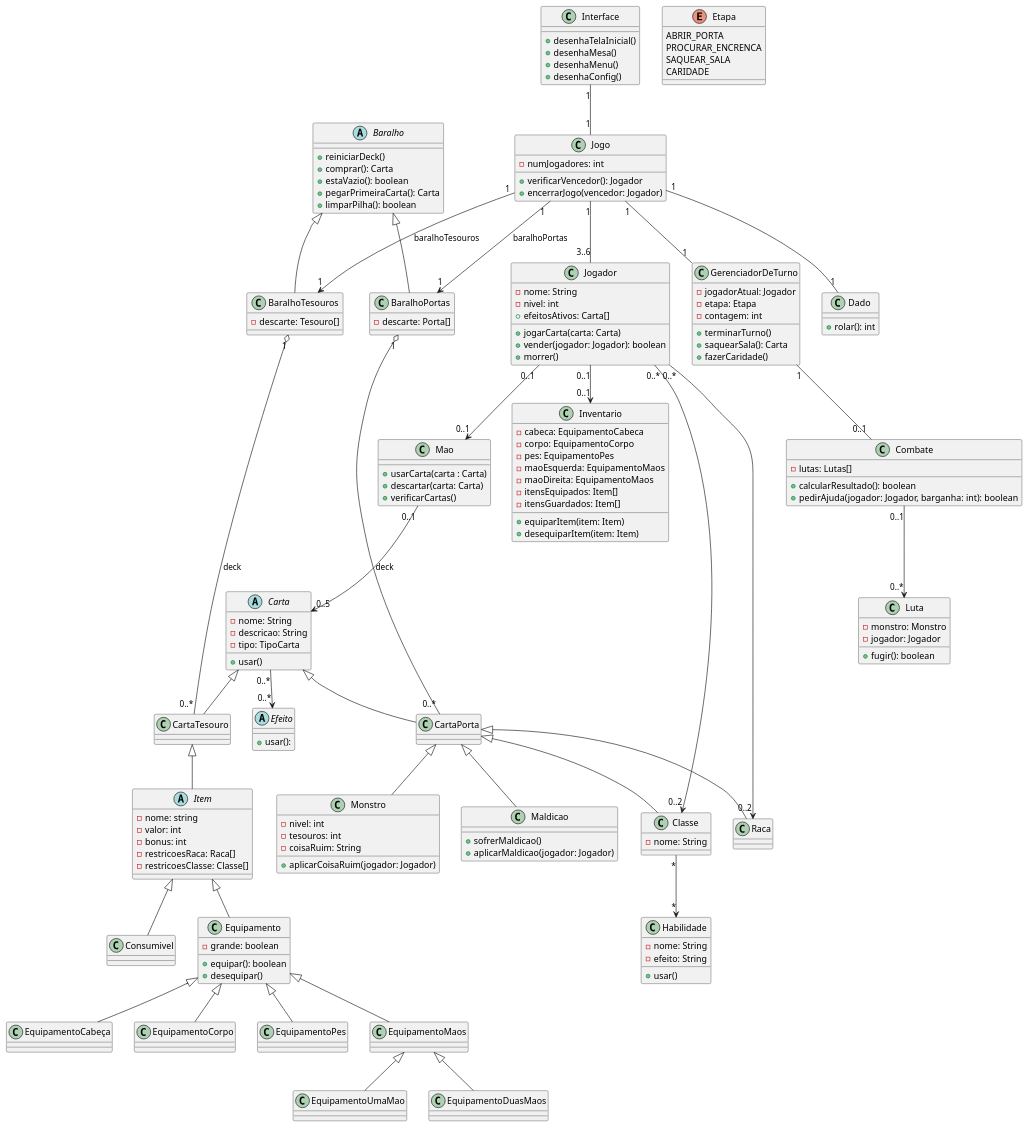
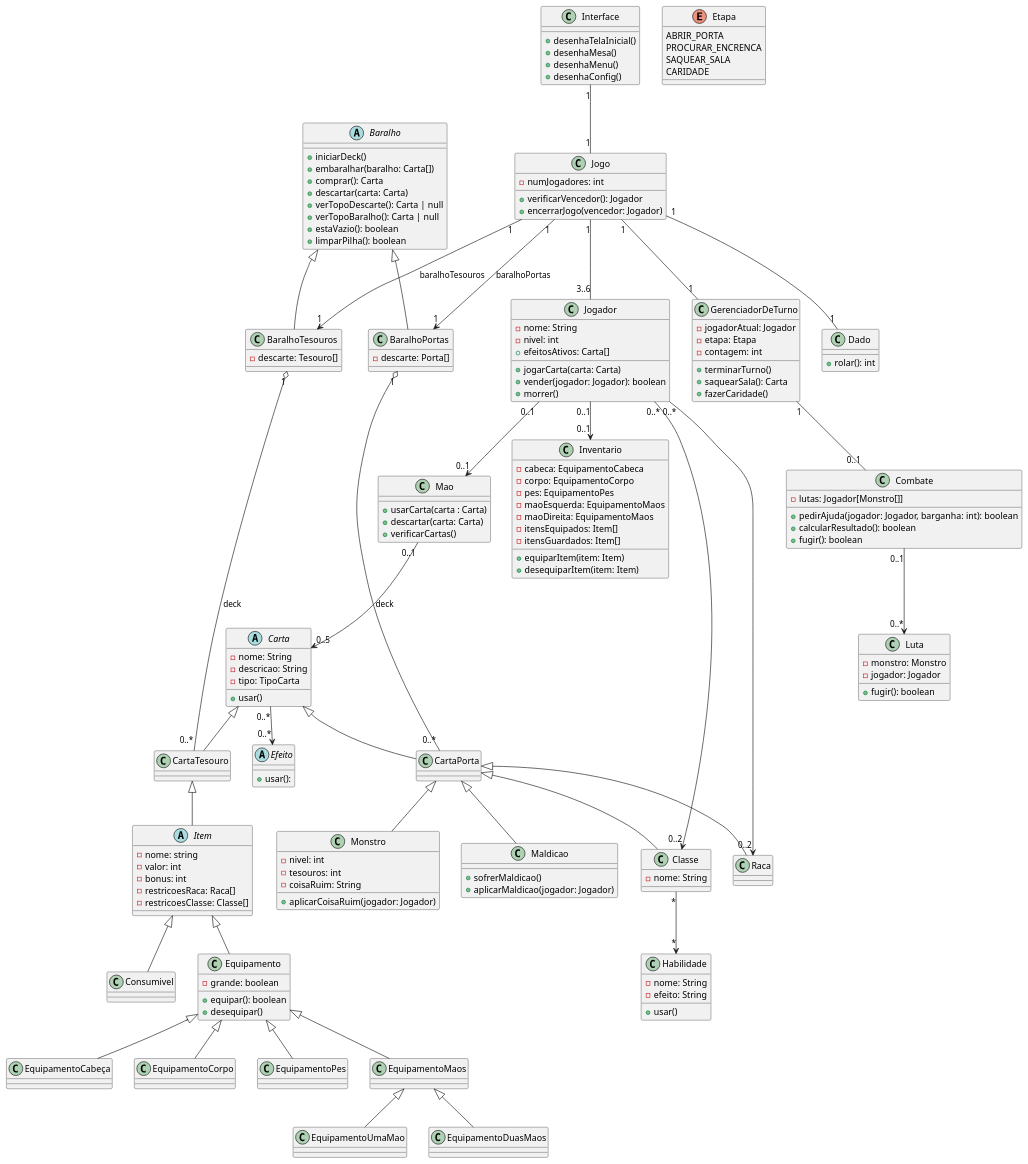
The diagram in src/diagrams/diagrama-de-classes.puml (sricardov/munchkin-ps), drawn with PlantUML before and after one commit. The commit also changed 4 other files, not shown here.

```diff
--- a/src/diagrams/diagrama-de-classes.puml
+++ b/src/diagrams/diagrama-de-classes.puml
@@ -1,194 +1,198 @@
 @startuml
 class Interface {
   + desenhaTelaInicial()
   + desenhaMesa()
   + desenhaMenu()
   + desenhaConfig()
 }
 
 class Jogo {
   - numJogadores: int
   + verificarVencedor(): Jogador
   + encerrarJogo(vencedor: Jogador)
 }
 
 class Dado {
   + rolar(): int
 }
 
 class Jogador {
   - nome: String
   - nivel: int
   + efeitosAtivos: Carta[]
   + jogarCarta(carta: Carta)
   + vender(jogador: Jogador): boolean
   + morrer()
 }
 
 class GerenciadorDeTurno {
   - jogadorAtual: Jogador
   - etapa: Etapa
   - contagem: int
   + terminarTurno()
   + saquearSala(): Carta
   + fazerCaridade()
 }
 
 class Mao {
   + usarCarta(carta : Carta)
   + descartar(carta: Carta)
   + verificarCartas()
 }
 
 class Inventario {
   - cabeca: EquipamentoCabeca
   - corpo: EquipamentoCorpo
   - pes: EquipamentoPes
   - maoEsquerda: EquipamentoMaos
   - maoDireita: EquipamentoMaos
   - itensEquipados: Item[]
   - itensGuardados: Item[]
   + equiparItem(item: Item)
   + desequiparItem(item: Item)
 }
 
 class Luta {
   - monstro: Monstro
   - jogador: Jogador
   + fugir(): boolean
 }
 
 class Combate {
-  - lutas: Lutas[]
+  - lutas: Jogador[Monstro[]]
+  + pedirAjuda(jogador: Jogador, barganha: int): boolean
   + calcularResultado(): boolean
-  + pedirAjuda(jogador: Jogador, barganha: int): boolean
+  + fugir(): boolean
 }
 
 abstract class Efeito {
  + usar():
 }
 
 enum Etapa {
   ABRIR_PORTA
   PROCURAR_ENCRENCA
   SAQUEAR_SALA
   CARIDADE
 }
 
 abstract class Carta {
   - nome: String
   - descricao: String
   - tipo: TipoCarta
   + usar()
 }
 
 class Monstro extends CartaPorta {
   - nivel: int
   - tesouros: int
   - coisaRuim: String
   + aplicarCoisaRuim(jogador: Jogador)
 }
 
 class Maldicao extends CartaPorta {
   + sofrerMaldicao()
   + aplicarMaldicao(jogador: Jogador)
 }
 
 abstract class Item extends CartaTesouro {
   - nome: string
   - valor: int
   - bonus: int
   - restricoesRaca: Raca[]
   - restricoesClasse: Classe[]
 }
 
 class Equipamento extends Item {
   - grande: boolean
   + equipar(): boolean
   + desequipar()
 }
 
 class EquipamentoCabeça extends Equipamento {
 
 }
 
 class EquipamentoCorpo extends Equipamento {
 
 }
 
 class EquipamentoPes extends Equipamento {
 
 }
 
 class EquipamentoMaos extends Equipamento {
 
 }
 class EquipamentoUmaMao extends EquipamentoMaos {
 
 }
 
 class EquipamentoDuasMaos extends EquipamentoMaos {
 
 }
 
 
 class Consumivel extends Item {
 
 }
 
 abstract class Baralho {
-  + reiniciarDeck()
+  + iniciarDeck()
+  + embaralhar(baralho: Carta[])
   + comprar(): Carta
+  + descartar(carta: Carta)
+  + verTopoDescarte(): Carta | null
+  + verTopoBaralho(): Carta | null
   + estaVazio(): boolean
-  + pegarPrimeiraCarta(): Carta
   + limparPilha(): boolean
 }
 
 class BaralhoPortas extends Baralho {
   - descarte: Porta[]
 }
 
 class BaralhoTesouros extends Baralho {
   - descarte: Tesouro[]
 }
 
 class CartaPorta extends Carta {
 
 }
 
 class CartaTesouro extends Carta {
 
 }
 
 class Raca extends CartaPorta {
 
 }
 
 class Classe extends CartaPorta {
   - nome: String
 }
 
 class Habilidade {
   - nome: String
   - efeito: String
   + usar()
 }
 
 Interface "1" -- "1" Jogo
 Jogo "1" -- "3..6" Jogador
 Jogo "1" -- "1" Dado
 Jogo "1" -- "1" GerenciadorDeTurno
 Jogo "1" --> "1" BaralhoPortas : baralhoPortas
 Jogo "1" --> "1" BaralhoTesouros : baralhoTesouros
 Jogador "0..1" --> "0..1" Mao
 Jogador "0..1" --> "0..1" Inventario
 GerenciadorDeTurno "1" -- "0..1" Combate
 Combate "0..1" --> "0..*" Luta
 Mao "0..1" --> "0..5" Carta
 Carta "0..*" --> "0..*" Efeito
 Jogador "0..*" --> "0..2" Raca
 Jogador "0..*" --> "0..2" Classe
 Classe "*" --> "*" Habilidade
 BaralhoPortas "1" o-- "0..*" CartaPorta : deck
 BaralhoTesouros "1" o-- "0..*" CartaTesouro : deck
 @enduml
```
